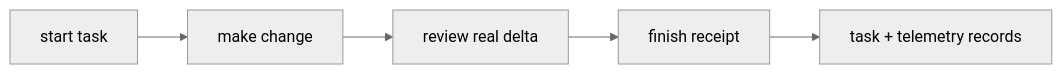
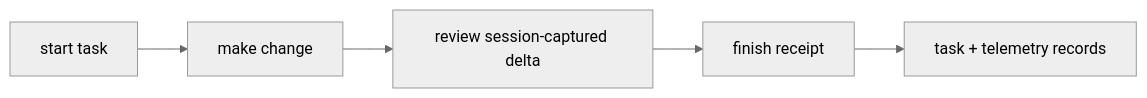
One commit to ShehabYahya/forge changed the diagram in docs/WALKTHROUGH.md. Above: the diagram before and after it, drawn with Mermaid (neutral theme). The commit also changed other lines of this file and 40 other files, not shown here.

````diff
--- a/docs/WALKTHROUGH.md
+++ b/docs/WALKTHROUGH.md
@@ -12,7 +12,7 @@
 ```mermaid
 flowchart LR
     A[start task] --> B[make change]
-    B --> C[review real delta]
+    B --> C[review session-captured delta]
     C --> D[finish receipt]
     D --> E[task + telemetry records]
 ```
````
